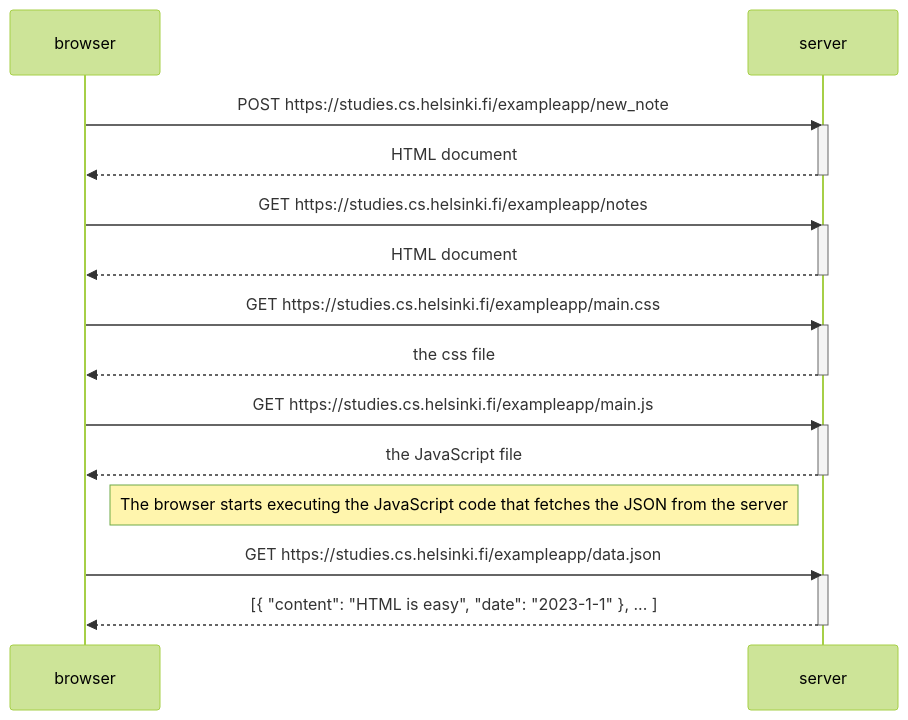
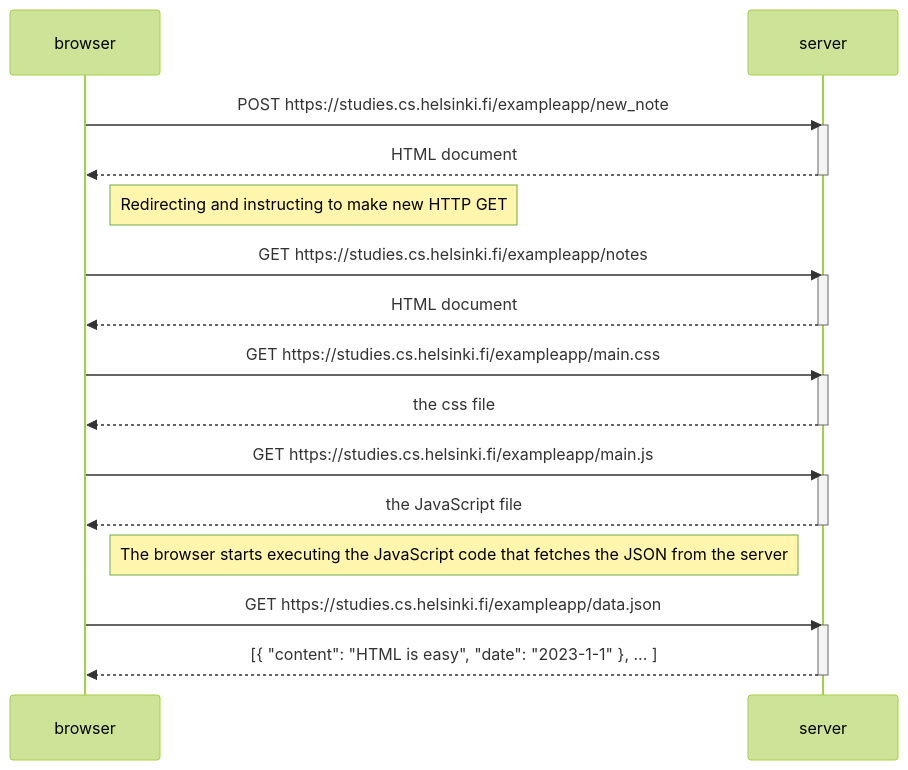
The diagram in osa0/uusiMuistiinpano.md (saravert/FullStackPalautus), drawn with Mermaid (forest theme) before and after one commit.

````diff
--- a/osa0/uusiMuistiinpano.md
+++ b/osa0/uusiMuistiinpano.md
@@ -1,32 +1,34 @@
 ```mermaid
 sequenceDiagram
     participant browser
     participant server
 
     browser->>server: POST https://studies.cs.helsinki.fi/exampleapp/new_note
     activate server
     server-->>browser: HTML document
     deactivate server
+
+    Note right of browser: Redirecting and instructing to make new HTTP GET 
 
     browser->>server: GET https://studies.cs.helsinki.fi/exampleapp/notes
     activate server
     server-->>browser: HTML document
     deactivate server
     
     browser->>server: GET https://studies.cs.helsinki.fi/exampleapp/main.css
     activate server
     server-->>browser: the css file
     deactivate server
     
     browser->>server: GET https://studies.cs.helsinki.fi/exampleapp/main.js
     activate server
     server-->>browser: the JavaScript file
     deactivate server
     
     Note right of browser: The browser starts executing the JavaScript code that fetches the JSON from the server
     
     browser->>server: GET https://studies.cs.helsinki.fi/exampleapp/data.json
     activate server
     server-->>browser: [{ "content": "HTML is easy", "date": "2023-1-1" }, ... ]
     deactivate server    
 ```
````
